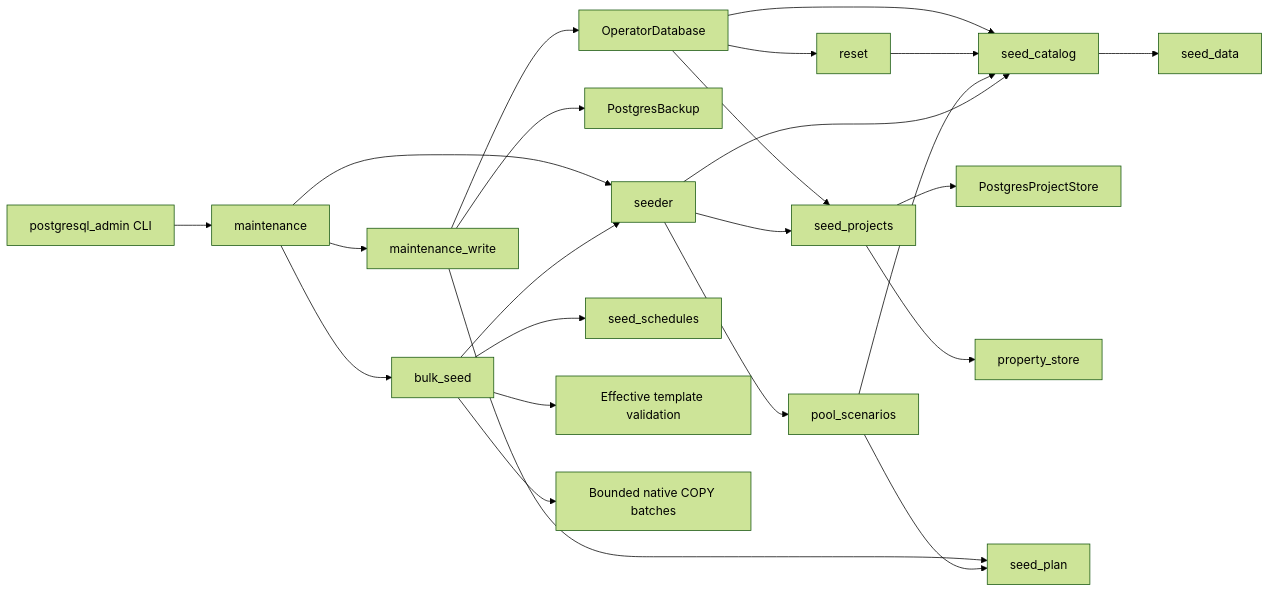
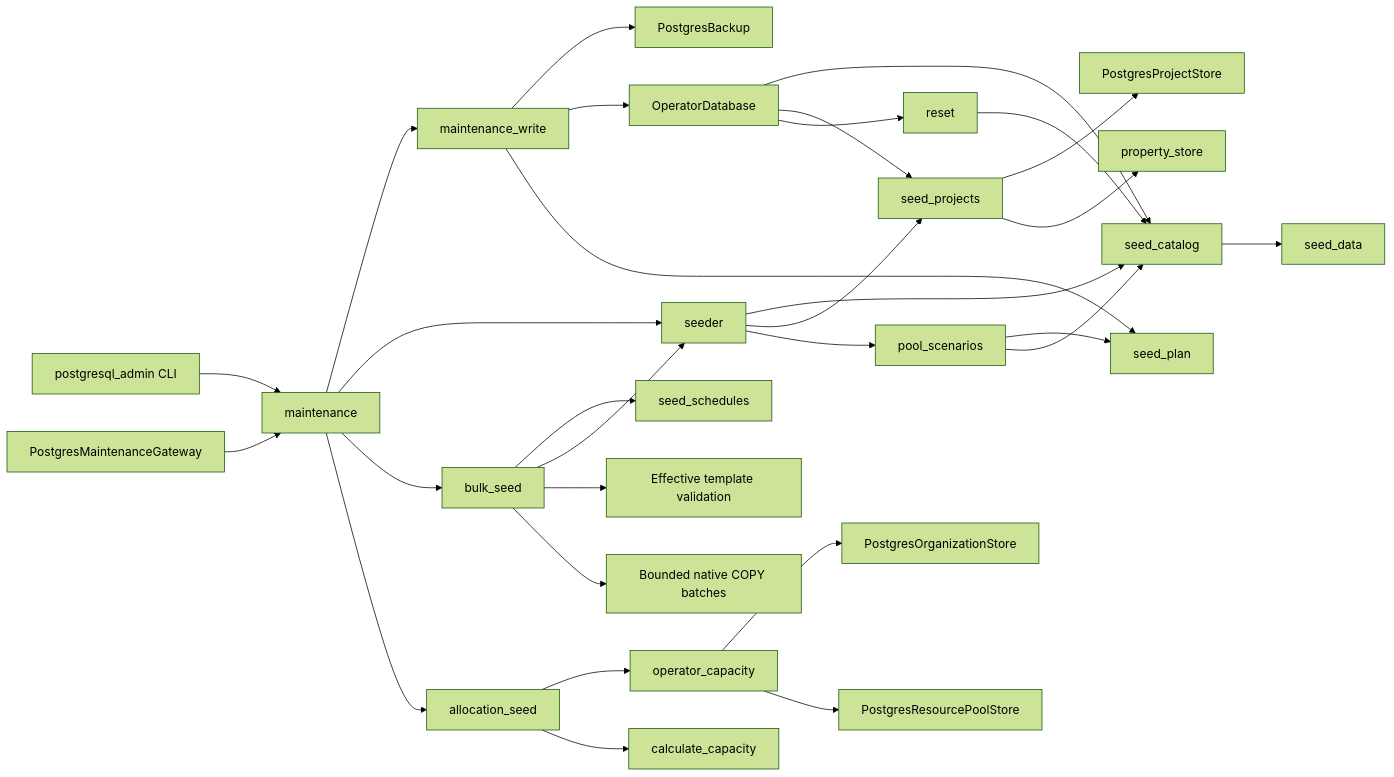
The diagram in docs/implementation/postgresql-seeding.md (cboguet83/eppm_demo), drawn with Mermaid (forest theme) before and after one commit. The commit also changed other lines of this file and 11 other files, not shown here.

Commit message:
Port PostgreSQL allocation previews and complete native maintenance gateway

````diff
--- a/docs/implementation/postgresql-seeding.md
+++ b/docs/implementation/postgresql-seeding.md
@@ -66,26 +66,32 @@
 ```mermaid
 flowchart LR
     OperatorDatabase --> seed_catalog
     OperatorDatabase --> seed_projects
     OperatorDatabase --> reset
     seed_catalog --> seed_data
     seed_projects --> PostgresProjectStore
     seed_projects --> property_store
     reset --> seed_catalog
     maintenance_write --> PostgresBackup
     maintenance_write --> OperatorDatabase
     maintenance_write --> seed_plan
     pool_scenarios --> seed_plan
     pool_scenarios --> seed_catalog
     CLI[postgresql_admin CLI] --> maintenance
     maintenance --> maintenance_write
     maintenance --> seeder
     seeder --> seed_catalog
     seeder --> seed_projects
     seeder --> pool_scenarios
     maintenance --> bulk_seed
     bulk_seed --> seed_schedules
     bulk_seed --> seeder
     bulk_seed --> Templates[Effective template validation]
     bulk_seed --> Copy[Bounded native COPY batches]
+    PostgresMaintenanceGateway --> maintenance
+    maintenance --> allocation_seed
+    allocation_seed --> operator_capacity
+    operator_capacity --> PostgresOrganizationStore
+    operator_capacity --> PostgresResourcePoolStore
+    allocation_seed --> calculate_capacity
 ```
````
